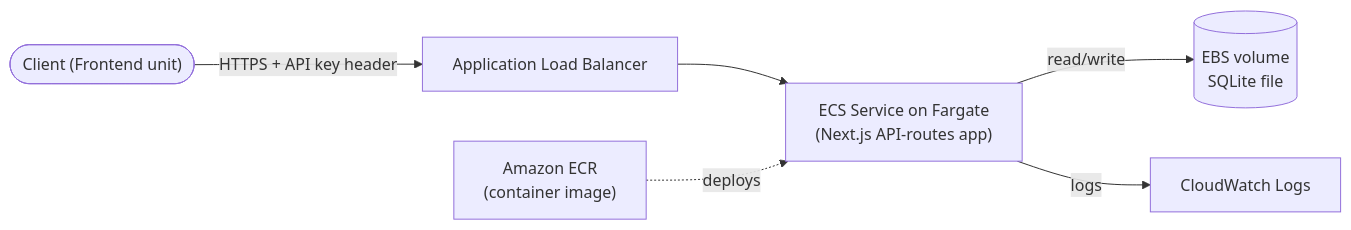
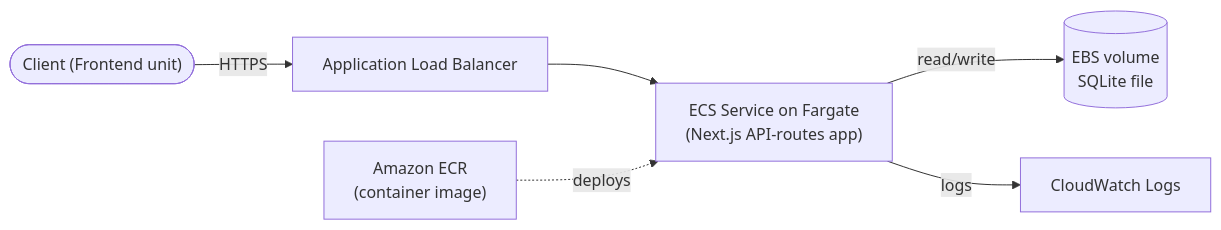
Before and after one commit to andre-davcev/ai-dlc-workshops: the diagram in 01-task-manager/aidlc-docs/construction/backend/infrastructure-design/deployment-architecture.md, drawn with Mermaid. The commit also changed other lines of this file and 15 other files, not shown here.

Commit message:
Remove x-api-key requirement from backend

````diff
--- a/01-task-manager/aidlc-docs/construction/backend/infrastructure-design/deployment-architecture.md
+++ b/01-task-manager/aidlc-docs/construction/backend/infrastructure-design/deployment-architecture.md
@@ -5,8 +5,8 @@
 ```mermaid
 flowchart LR
-    Client(["Client (Frontend unit)"]) -->|HTTPS + API key header| ALB["Application Load Balancer"]
+    Client(["Client (Frontend unit)"]) -->|HTTPS| ALB["Application Load Balancer"]
     ALB --> ECS["ECS Service on Fargate<br/>(Next.js API-routes app)"]
     ECS -->|read/write| EBS[("EBS volume<br/>SQLite file")]
     ECS -->|logs| CW["CloudWatch Logs"]
     ECR["Amazon ECR<br/>(container image)"] -.->|deploys| ECS
 ```
````
